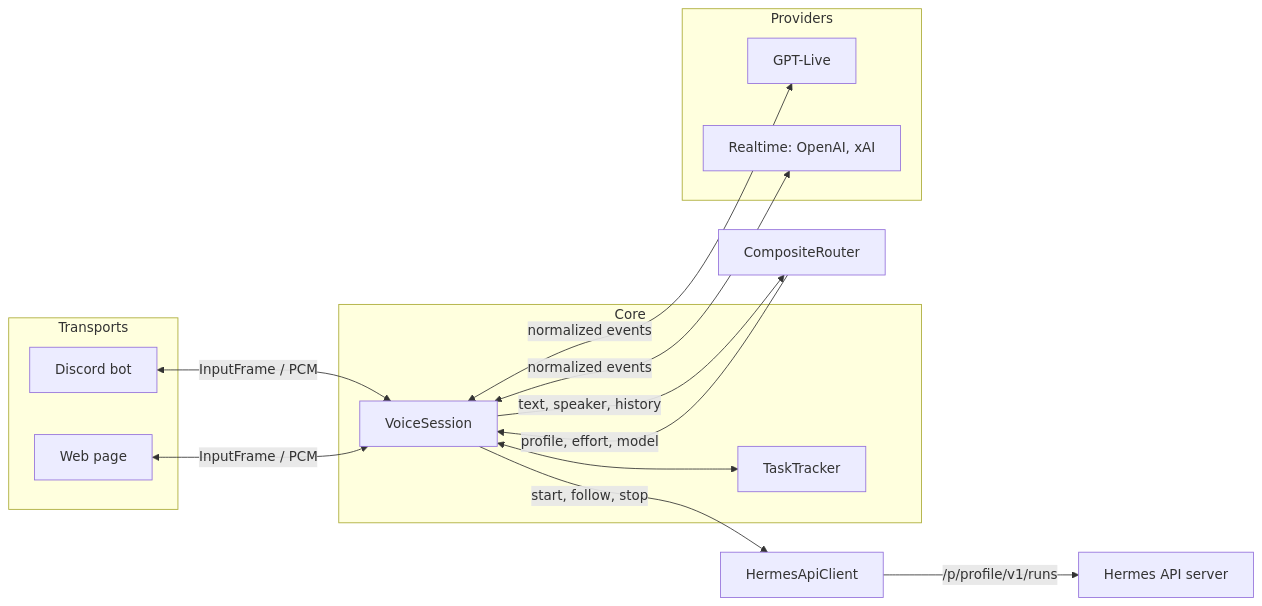
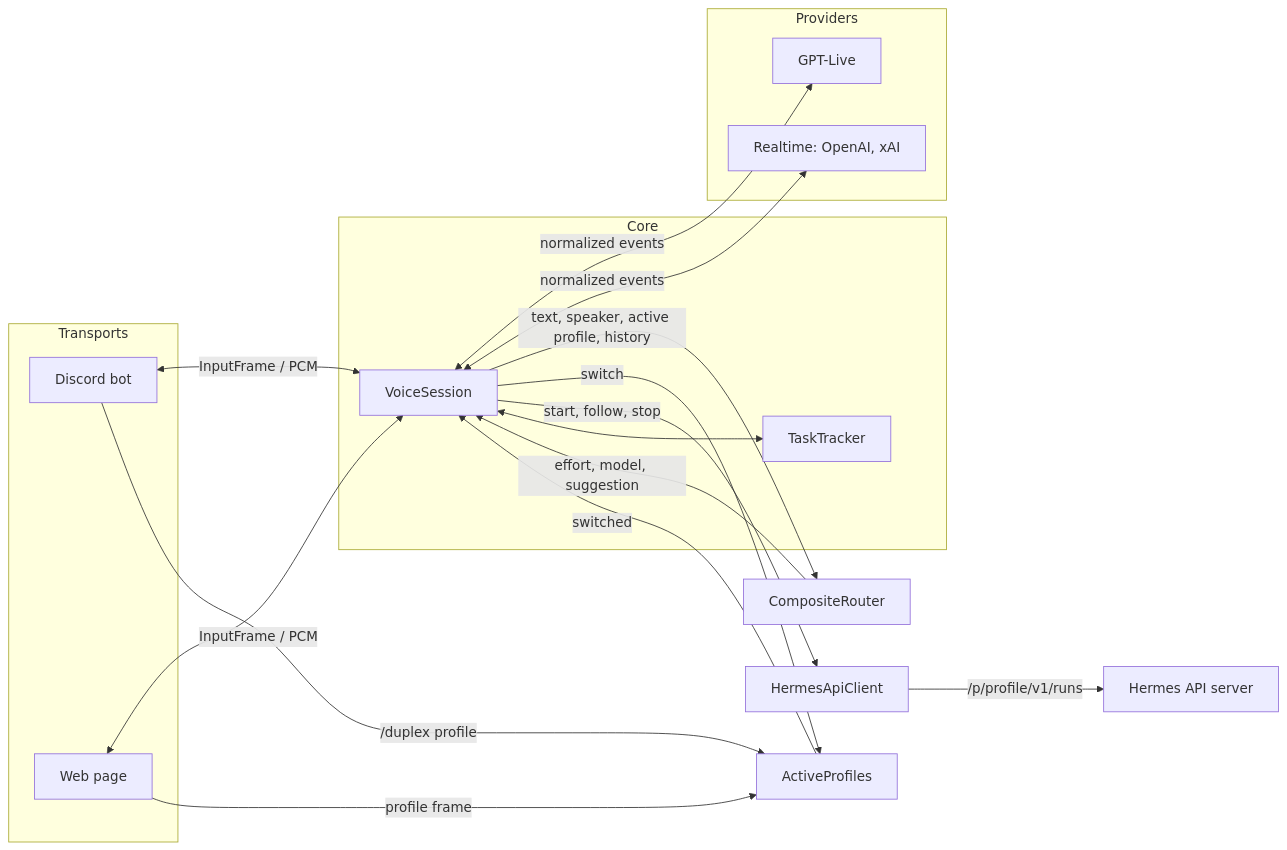
The first of 4 diagrams in docs/system/architecture.md (robsgreen/hermes-duplex), drawn with Mermaid before and after one commit. The commit also changed other lines of this file and 4 other files, not shown here.

First line of the commit message:
docs: active profile, switching, suggestions and Bot Mode notes (amendment task 4.3)

````diff
--- a/docs/system/architecture.md
+++ b/docs/system/architecture.md
@@ -29,26 +32,31 @@
 ```mermaid
 flowchart LR
   subgraph Transports
     DT[Discord bot]
     WT[Web page]
   end
   subgraph Core
     VS[VoiceSession]
     TT[TaskTracker]
   end
   subgraph Providers
     GL[GPT-Live]
     RT[Realtime: OpenAI, xAI]
   end
   R[CompositeRouter]
+  AP[ActiveProfiles]
   DS[HermesApiClient]
   DT <-->|InputFrame / PCM| VS
   WT <-->|InputFrame / PCM| VS
   VS <-->|normalized events| GL
   VS <-->|normalized events| RT
-  VS -->|text, speaker, history| R
-  R -->|profile, effort, model| VS
+  VS -->|text, speaker, active profile, history| R
+  R -->|effort, model, suggestion| VS
+  VS -->|switch| AP
+  AP -->|switched| VS
+  DT -->|/duplex profile| AP
+  WT -->|profile frame| AP
   VS -->|start, follow, stop| DS
   DS -->|/p/profile/v1/runs| API[Hermes API server]
   VS <--> TT
 ```
````
